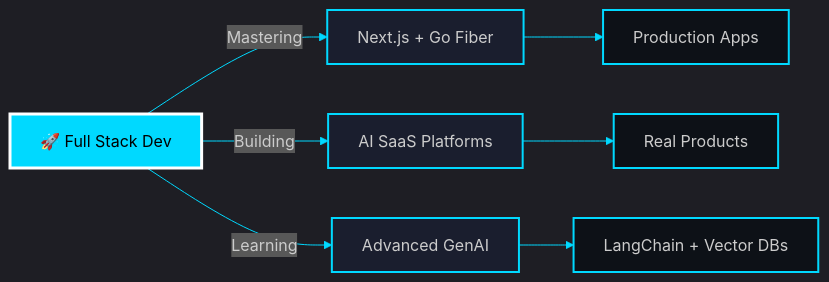
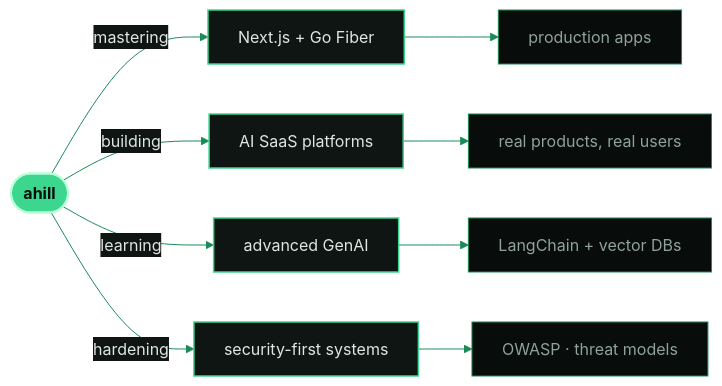
The diagram in README.md (AHILL-0121/AHILL-0121), drawn with Mermaid before and after one commit. The commit also changed other lines of this file and 29 other files, not shown here.

Commit message:
Redesign profile README with Matrix theme: animated SVG header, project cards, stack and telemetry panels, plus daily stats workflow

````diff
--- a/README.md
+++ b/README.md
@@ -359,18 +178,19 @@
 ```mermaid
-%%{init: {'theme':'dark', 'themeVariables': { 'primaryColor':'#00D9FF','primaryTextColor':'#fff','primaryBorderColor':'#00D9FF','lineColor':'#00D9FF','secondaryColor':'#0D1117','tertiaryColor':'#1a1e2e'}}}%%
+%%{init: {'theme':'base','themeVariables':{'background':'#080C0B','primaryColor':'#080C0B','primaryTextColor':'#E0E6E3','primaryBorderColor':'#3DD68F','lineColor':'#1C8A57','secondaryColor':'#0E1512','tertiaryColor':'#0E1512','fontFamily':'monospace'}}}%%
 graph LR
-    A[🚀 Full Stack Dev] -->|Mastering| B[Next.js + Go Fiber]
-    A -->|Building| C[AI SaaS Platforms]
-    A -->|Learning| D[Advanced GenAI]
-    B --> E[Production Apps]
-    C --> F[Real Products]
-    D --> G[LangChain + Vector DBs]
-    
-    style A fill:#00D9FF,stroke:#fff,stroke-width:3px,color:#000
-    style B fill:#1a1e2e,stroke:#00D9FF,stroke-width:2px
-    style C fill:#1a1e2e,stroke:#00D9FF,stroke-width:2px
-    style D fill:#1a1e2e,stroke:#00D9FF,stroke-width:2px
-    style E fill:#0D1117,stroke:#00D9FF,stroke-width:2px
-    style F fill:#0D1117,stroke:#00D9FF,stroke-width:2px
-    style G fill:#0D1117,stroke:#00D9FF,stroke-width:2px
+    A(["ahill"]) -->|mastering| B["Next.js + Go Fiber"]
+    A -->|building| C["AI SaaS platforms"]
+    A -->|learning| D["advanced GenAI"]
+    A -->|hardening| S["security-first systems"]
+    B --> E["production apps"]
+    C --> F["real products, real users"]
+    D --> G["LangChain + vector DBs"]
+    S --> H["OWASP · threat models"]
+
+    classDef core fill:#3DD68F,stroke:#B6FFD9,stroke-width:2px,color:#080C0B,font-weight:bold
+    classDef mid fill:#0E1512,stroke:#3DD68F,stroke-width:1.5px,color:#E0E6E3
+    classDef out fill:#080C0B,stroke:#1C8A57,stroke-width:1px,color:#8FA39A
+    class A core
+    class B,C,D,S mid
+    class E,F,G,H out
 ```
````
